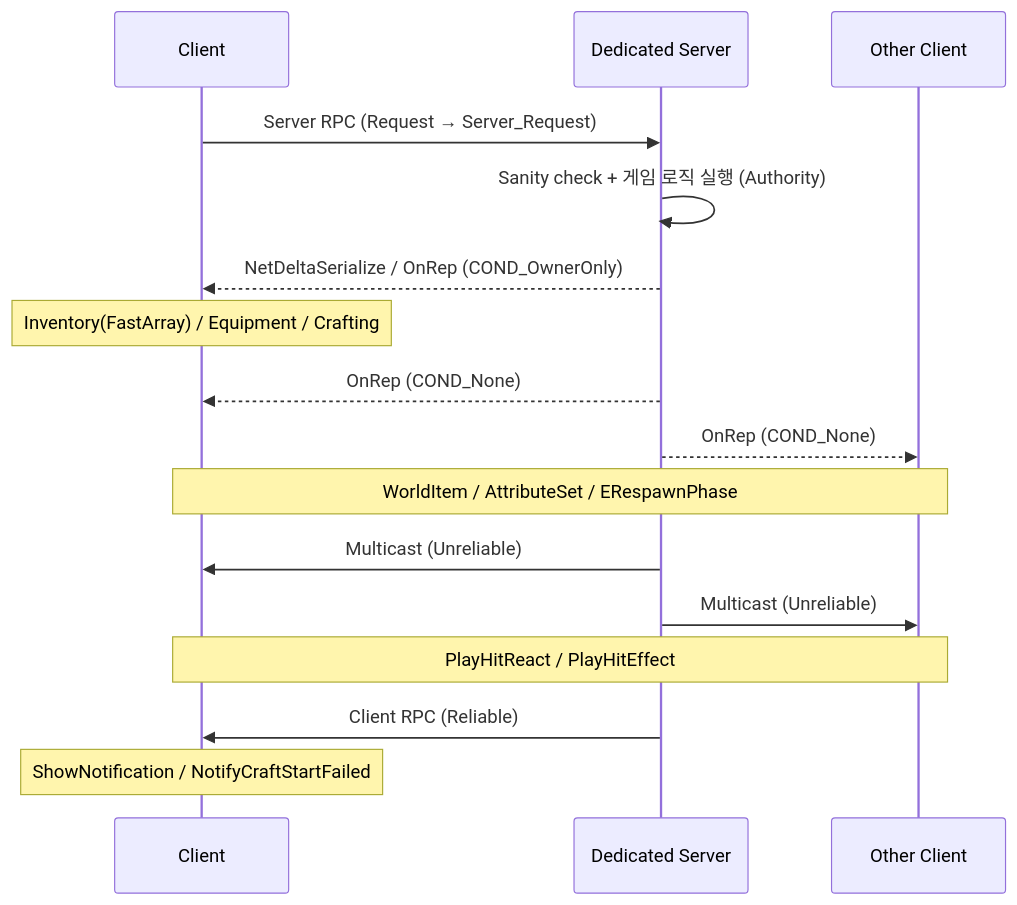
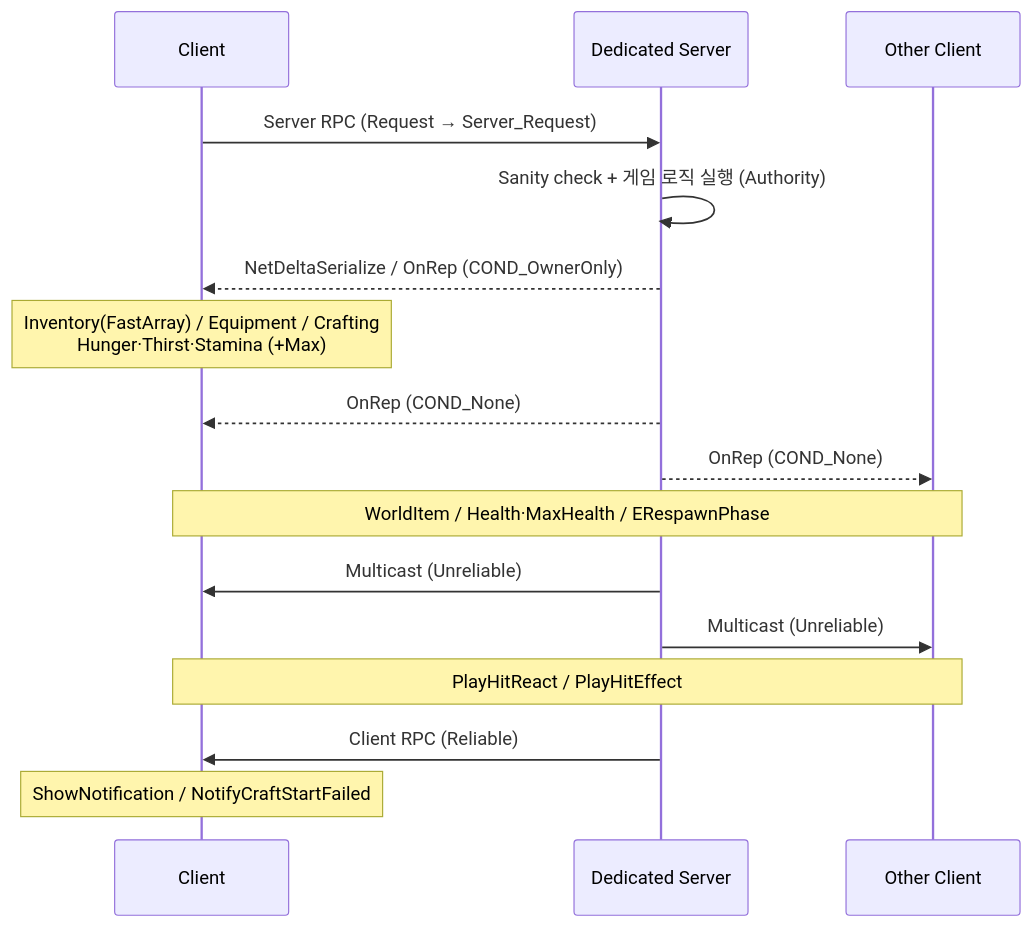
The third of 3 diagrams in README.md (agnesAqr/project_EXFIL), drawn with Mermaid before and after one commit. The commit also changed other lines of this file and 2 other files, not shown here.

First line of the commit message:
docs(portfolio): reflect Day6/Day2/Day5/Day8 commits in README and diagrams

````diff
--- a/README.md
+++ b/README.md
@@ -328,23 +330,23 @@
 ```mermaid
 sequenceDiagram
     participant C as Client
     participant S as Dedicated Server
     participant T as Other Client
 
     C->>S: Server RPC (Request → Server_Request)
     S->>S: Sanity check + 게임 로직 실행 (Authority)
 
     S-->>C: NetDeltaSerialize / OnRep (COND_OwnerOnly)
-    Note over C: Inventory(FastArray) / Equipment / Crafting
+    Note over C: Inventory(FastArray) / Equipment / Crafting<br/>Hunger·Thirst·Stamina (+Max)
 
     S-->>C: OnRep (COND_None)
     S-->>T: OnRep (COND_None)
-    Note over C,T: WorldItem / AttributeSet / ERespawnPhase
+    Note over C,T: WorldItem / Health·MaxHealth / ERespawnPhase
 
     S->>C: Multicast (Unreliable)
     S->>T: Multicast (Unreliable)
     Note over C,T: PlayHitReact / PlayHitEffect
 
     S->>C: Client RPC (Reliable)
     Note over C: ShowNotification / NotifyCraftStartFailed
 ```
````
